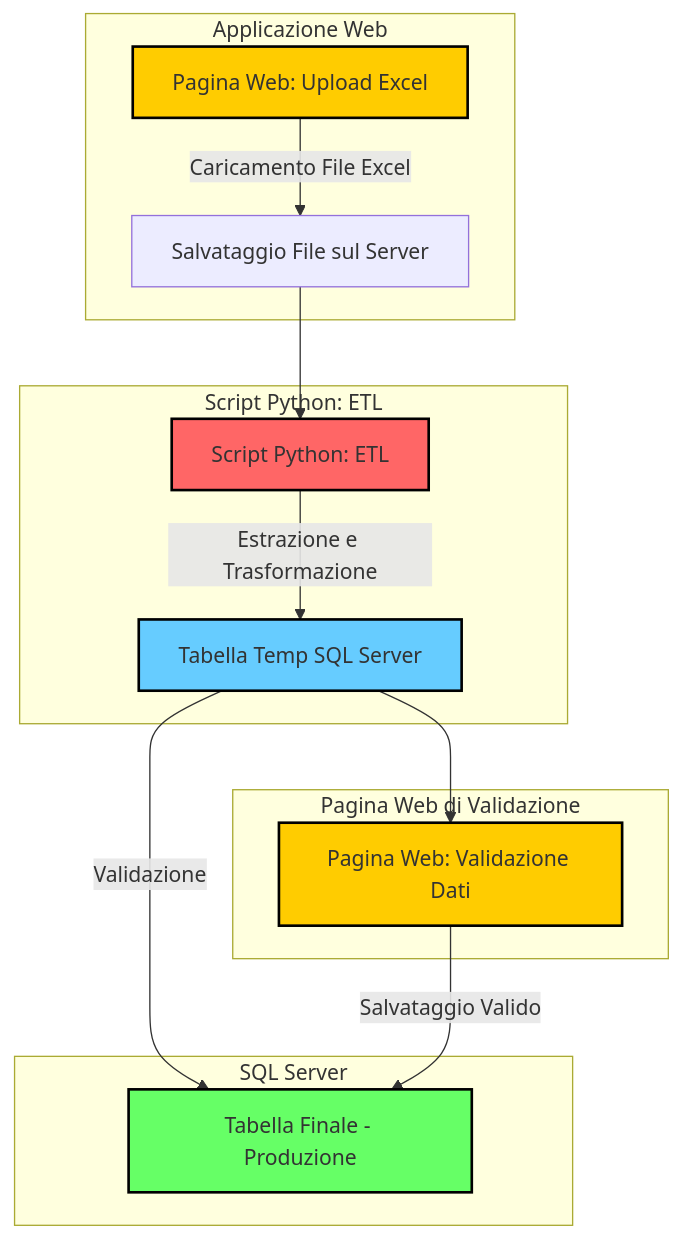
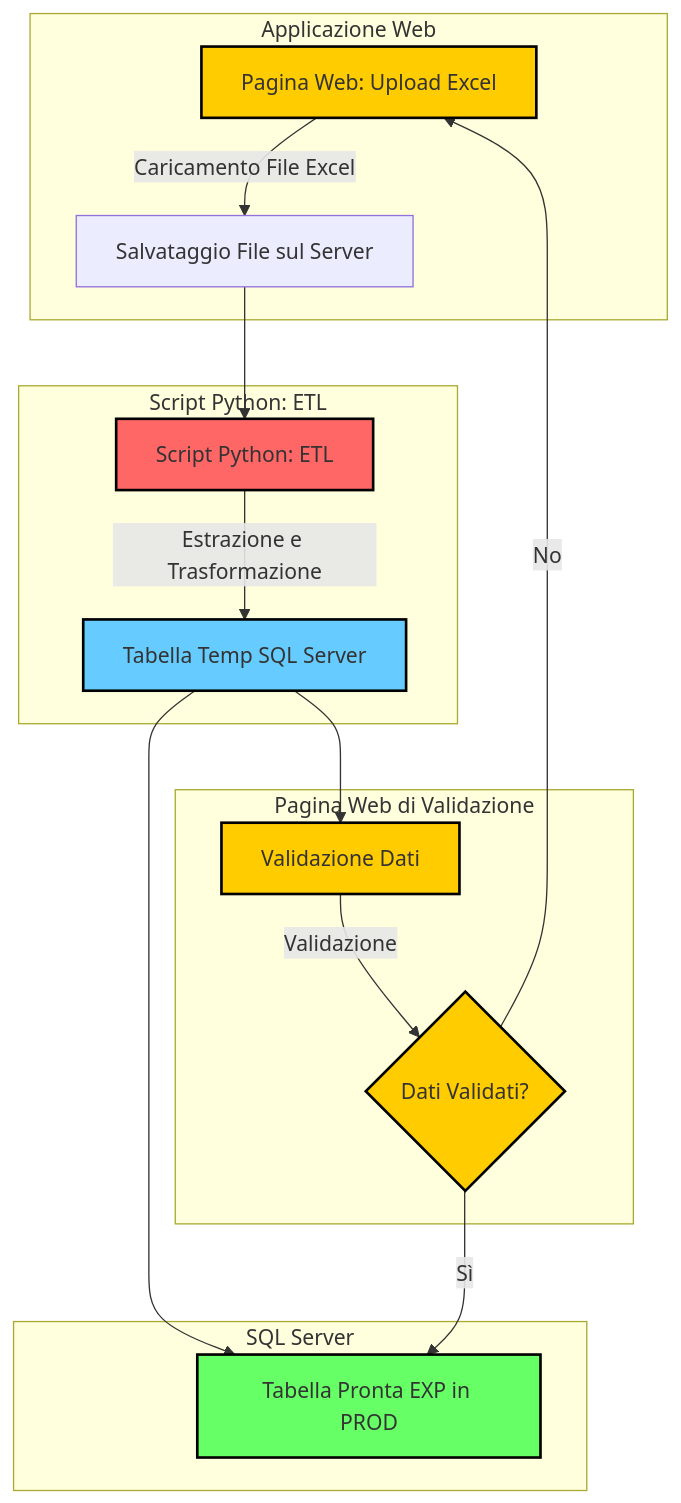
One commit to grellag/Project_Python changed the diagram in MEDLOG/flusso_upload_completo.MD. Above: the diagram before and after it, drawn with Mermaid. The commit also changed 1 other file, not shown here.

Commit message:
Aggiunto progetto per DCC Import

````diff
--- a/MEDLOG/flusso_upload_completo.MD
+++ b/MEDLOG/flusso_upload_completo.MD
@@ -1,26 +1,34 @@
 ```mermaid
-flowchart TD
+flowchart TB
+
+
     subgraph AppWeb["Applicazione Web"]
         A[Pagina Web: Upload Excel] -->|Caricamento File Excel| B[Salvataggio File sul Server]
     end
 
     subgraph ScriptPython["Script Python: ETL"]
         B --> C[Script Python: ETL]
         C -->|Estrazione e Trasformazione| D[Tabella Temp SQL Server]
     end
 
     subgraph SQLServer["SQL Server"]
-        D -->|Validazione| E[Tabella Finale - Produzione]
+        D --> E[Tabella Pronta EXP in PROD]
     end
 
     subgraph Validazione["Pagina Web di Validazione"]
-        D --> F[Pagina Web: Validazione Dati]
-        F -->|Salvataggio Valido| E
+        D --> F[Validazione Dati]
+        F -->|Validazione| G{Dati Validati?}
+        G -->|Sì| E
+        G -->|No| A
     end
 
     style A fill:#ffcc00,stroke:#000,stroke-width:2px
     style C fill:#ff6666,stroke:#000,stroke-width:2px
     style D fill:#66ccff,stroke:#000,stroke-width:2px
     style E fill:#66ff66,stroke:#000,stroke-width:2px
     style F fill:#ffcc00,stroke:#000,stroke-width:2px
+    style G fill:#ffcc00,stroke:#000,stroke-width:2px,shape:diamond
+
+
+
 ```
````
